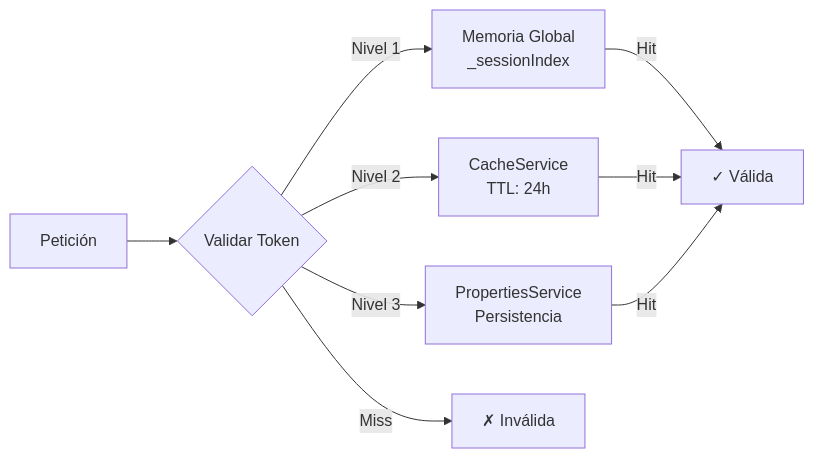
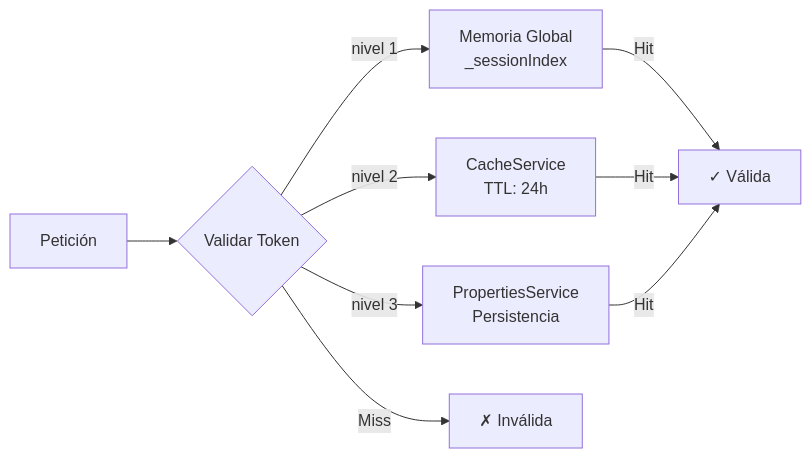
One commit to congre-admin/congre-admin changed the third of 6 diagrams in docs/architecture/Core.md. Above: the diagram before and after it, drawn with Mermaid. The commit also changed other lines of this file and 63 other files, not shown here.

````diff
--- a/docs/architecture/Core.md
+++ b/docs/architecture/Core.md
@@ -185,12 +185,12 @@
 ```mermaid
 flowchart LR
     A[Petición] --> B{Validar Token}
-    B -->|Nivel 1| C[Memoria Global<br/>_sessionIndex]
-    B -->|Nivel 2| D[CacheService<br/>TTL: 24h]
-    B -->|Nivel 3| E[PropertiesService<br/>Persistencia]
+    B -->|nivel 1| C[Memoria Global<br/>_sessionIndex]
+    B -->|nivel 2| D[CacheService<br/>TTL: 24h]
+    B -->|nivel 3| E[PropertiesService<br/>Persistencia]
     
     C -->|Hit| F[✓ Válida]
     D -->|Hit| F
     E -->|Hit| F
     B -->|Miss| G[✗ Inválida]
 ```
````
